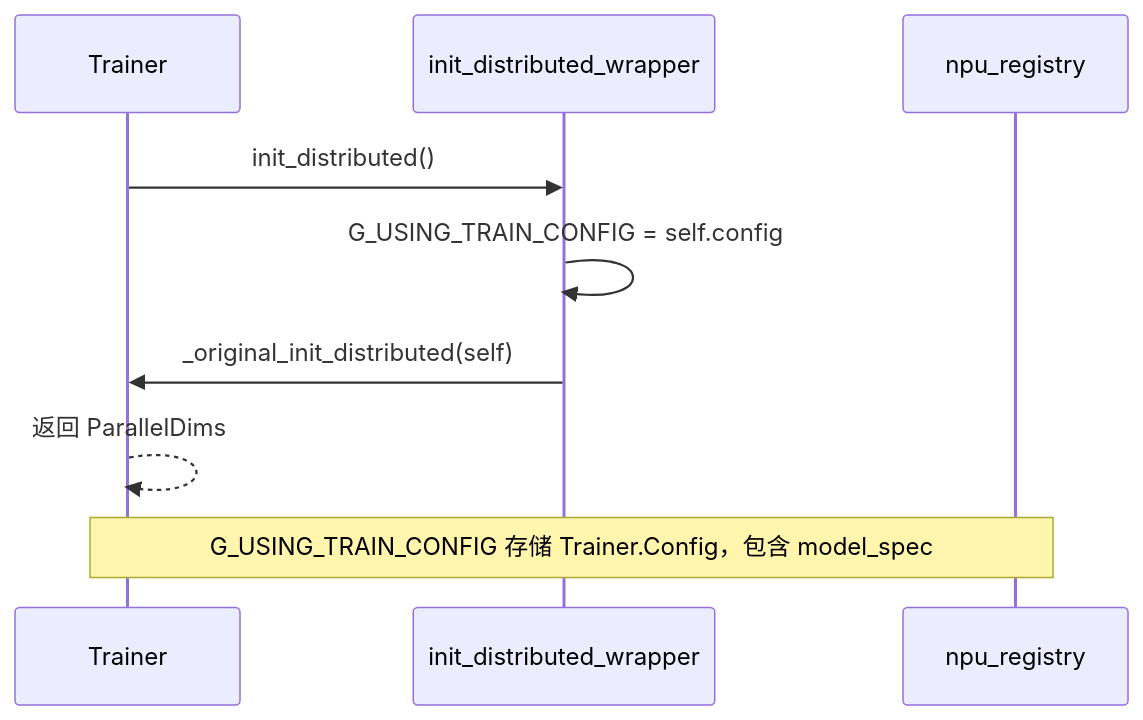
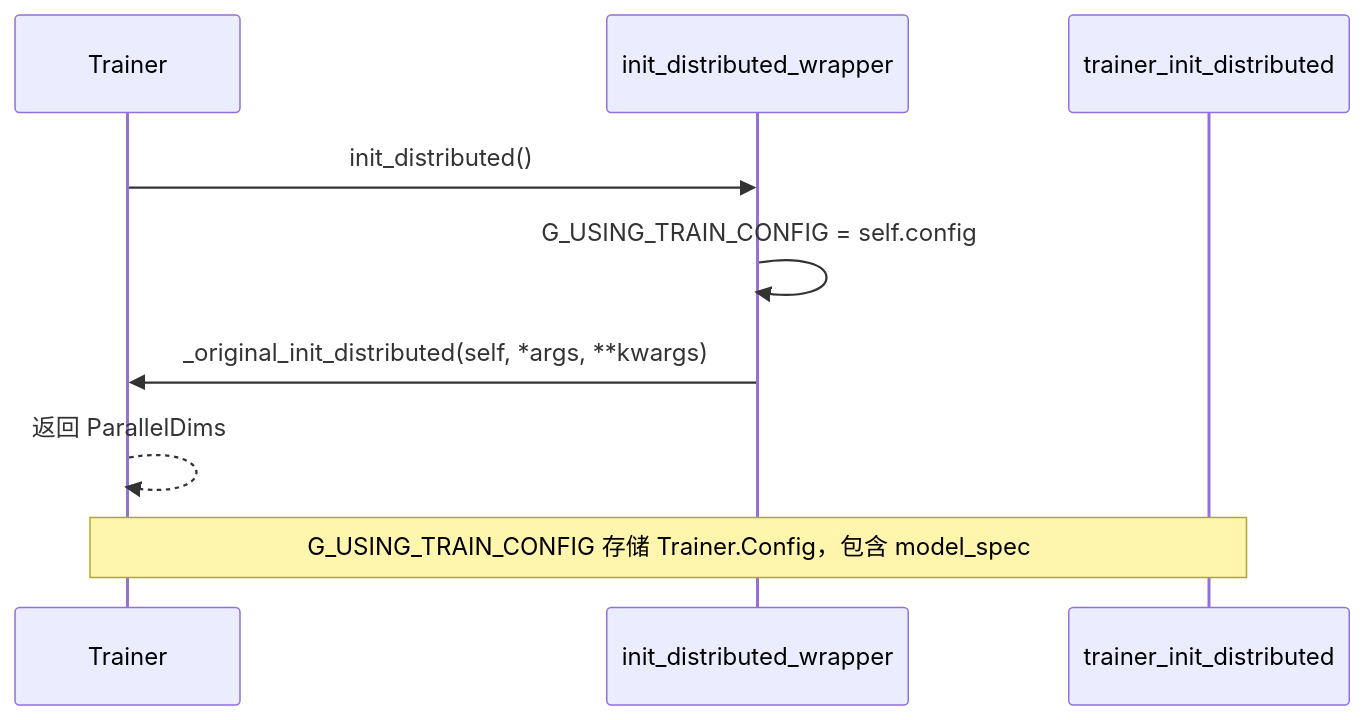
Before and after one commit to botcanlearn/torchtitan-npu-upstream: the third of 6 diagrams in docs/feature_guides/model_custom.md, drawn with Mermaid. The commit also changed other lines of this file and 34 other files, not shown here.

````diff
--- a/docs/feature_guides/model_custom.md
+++ b/docs/feature_guides/model_custom.md
@@ -364,13 +368,13 @@
 ```mermaid
 sequenceDiagram
     participant trainer as Trainer
     participant wrapper as init_distributed_wrapper
-    participant reg as npu_registry
+    participant patch as trainer_init_distributed
 
     trainer->>wrapper: init_distributed()
     wrapper->>wrapper: G_USING_TRAIN_CONFIG = self.config
-    wrapper->>trainer: _original_init_distributed(self)
+    wrapper->>trainer: _original_init_distributed(self, *args, **kwargs)
     trainer-->>trainer: 返回 ParallelDims
 
-    Note over trainer,reg: G_USING_TRAIN_CONFIG 存储 Trainer.Config，包含 model_spec
+    Note over trainer,patch: G_USING_TRAIN_CONFIG 存储 Trainer.Config，包含 model_spec
 ```
````
